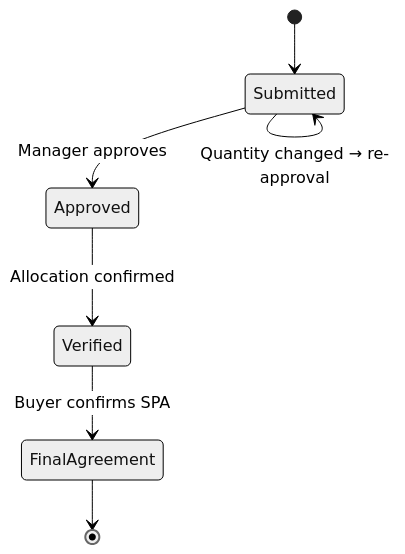
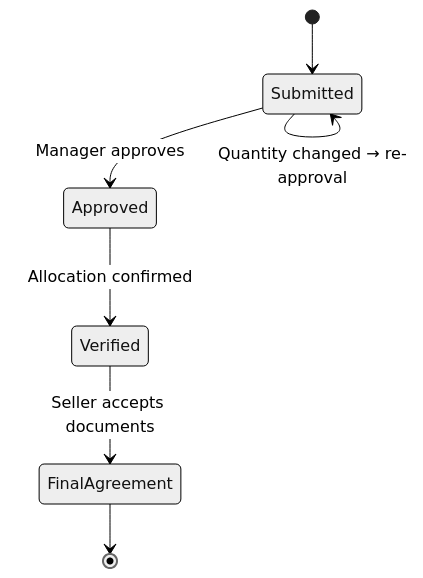
The fourth of 6 diagrams in docs/user_guides/secondary_sales_user_guide.md (sampadadiwan/IRM_CompanyMain), drawn with Mermaid (neutral theme) before and after one commit. The commit also changed other lines of this file and 135 other files, not shown here.

````diff
--- a/docs/user_guides/secondary_sales_user_guide.md
+++ b/docs/user_guides/secondary_sales_user_guide.md
@@ -158,9 +161,9 @@
 ```mermaid
 stateDiagram-v2
     [*] --> Submitted
     Submitted --> Approved: Manager approves
     Approved --> Verified: Allocation confirmed
-    Verified --> FinalAgreement: Buyer confirms SPA
+    Verified --> FinalAgreement: Seller accepts documents
     FinalAgreement --> [*]
     Submitted --> Submitted: Quantity changed → re-approval
 ```
````
